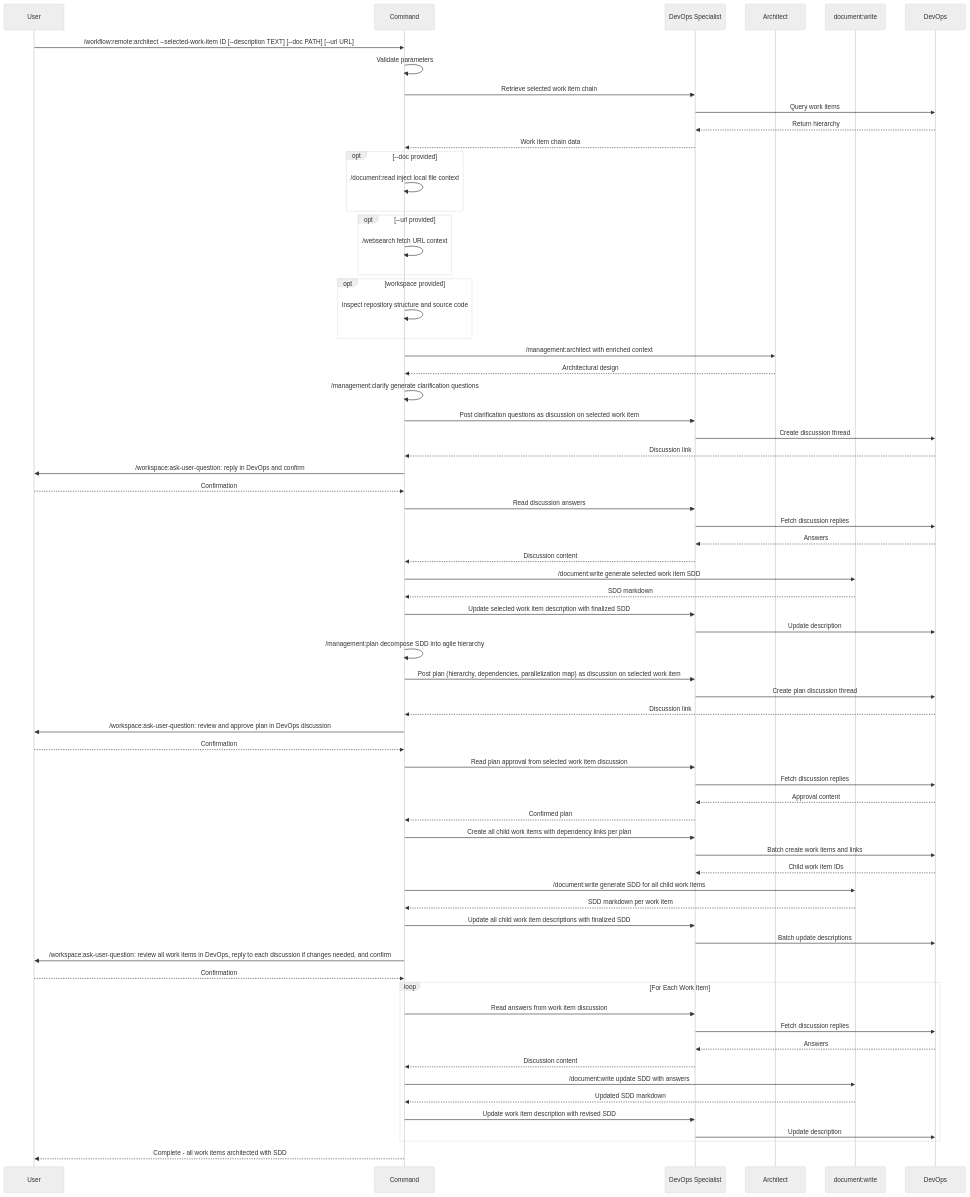
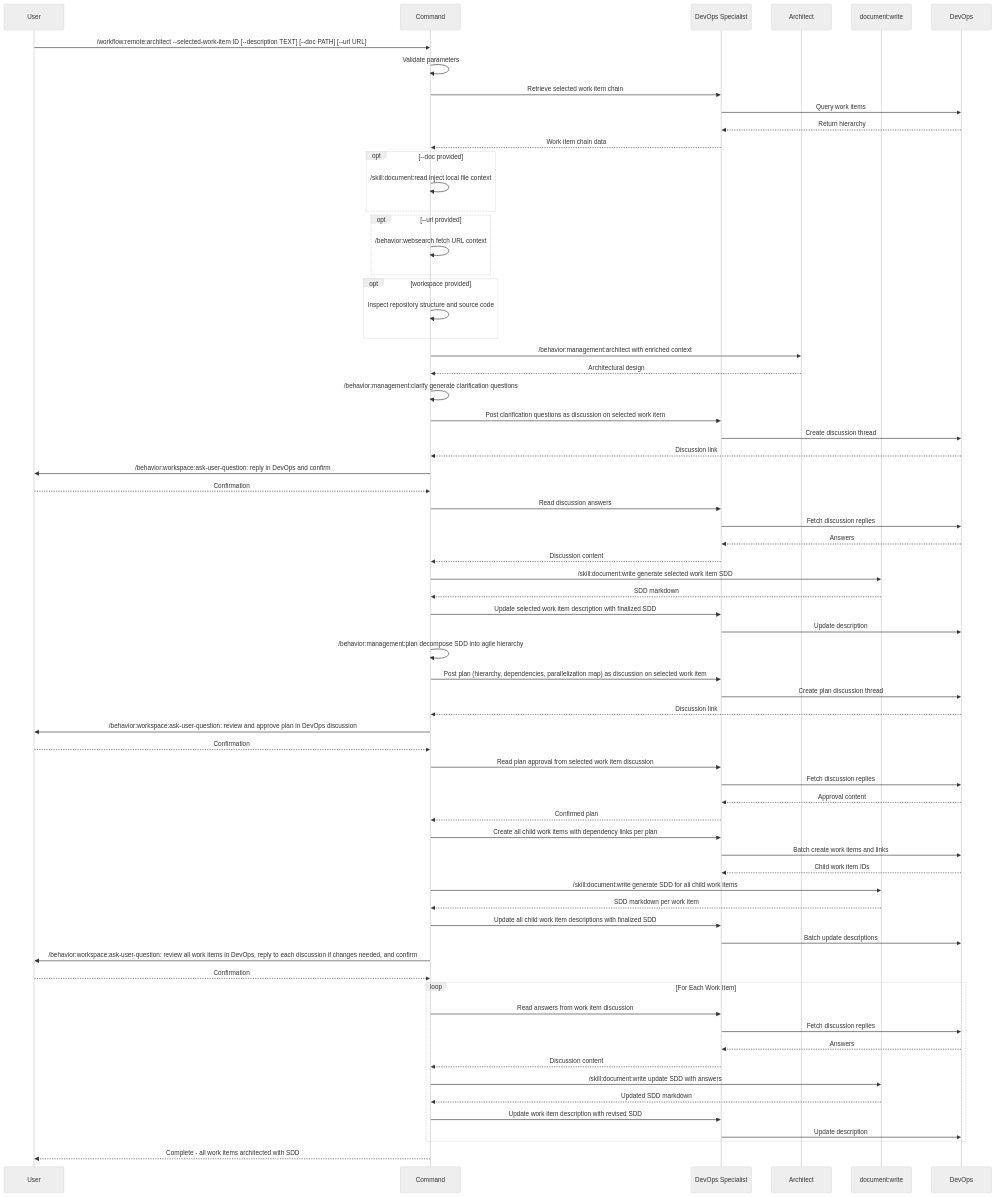
One commit to zzaia/zzaia-agentic-workspace changed the diagram in .claude/commands/workflow/remote/architect.md. Above: the diagram before and after it, drawn with Mermaid (neutral theme). The commit also changed other lines of this file and 86 other files, not shown here.

````diff
--- a/.claude/commands/workflow/remote/architect.md
+++ b/.claude/commands/workflow/remote/architect.md
@@ -75,71 +75,71 @@
 ```mermaid
 sequenceDiagram
     participant U as User
     participant C as Command
     participant WM as DevOps Specialist
     participant AR as Architect
     participant DW as document:write
     participant D as DevOps
 
     U->>C: /workflow:remote:architect --selected-work-item ID [--description TEXT] [--doc PATH] [--url URL]
     C->>C: Validate parameters
     C->>WM: Retrieve selected work item chain
     WM->>D: Query work items
     D-->>WM: Return hierarchy
     WM-->>C: Work item chain data
     opt --doc provided
-        C->>C: /document:read inject local file context
+        C->>C: /skill:document:read inject local file context
     end
     opt --url provided
-        C->>C: /websearch fetch URL context
+        C->>C: /behavior:websearch fetch URL context
     end
     opt workspace provided
         C->>C: Inspect repository structure and source code
     end
-    C->>AR: /management:architect with enriched context
+    C->>AR: /behavior:management:architect with enriched context
     AR-->>C: Architectural design
-    C->>C: /management:clarify generate clarification questions
+    C->>C: /behavior:management:clarify generate clarification questions
     C->>WM: Post clarification questions as discussion on selected work item
     WM->>D: Create discussion thread
     D-->>C: Discussion link
-    C->>U: /workspace:ask-user-question: reply in DevOps and confirm
+    C->>U: /behavior:workspace:ask-user-question: reply in DevOps and confirm
     U-->>C: Confirmation
     C->>WM: Read discussion answers
     WM->>D: Fetch discussion replies
     D-->>WM: Answers
     WM-->>C: Discussion content
-    C->>DW: /document:write generate selected work item SDD
+    C->>DW: /skill:document:write generate selected work item SDD
     DW-->>C: SDD markdown
     C->>WM: Update selected work item description with finalized SDD
     WM->>D: Update description
-    C->>C: /management:plan decompose SDD into agile hierarchy
+    C->>C: /behavior:management:plan decompose SDD into agile hierarchy
     C->>WM: Post plan (hierarchy, dependencies, parallelization map) as discussion on selected work item
     WM->>D: Create plan discussion thread
     D-->>C: Discussion link
-    C->>U: /workspace:ask-user-question: review and approve plan in DevOps discussion
+    C->>U: /behavior:workspace:ask-user-question: review and approve plan in DevOps discussion
     U-->>C: Confirmation
     C->>WM: Read plan approval from selected work item discussion
     WM->>D: Fetch discussion replies
     D-->>WM: Approval content
     WM-->>C: Confirmed plan
     C->>WM: Create all child work items with dependency links per plan
     WM->>D: Batch create work items and links
     D-->>WM: Child work item IDs
-    C->>DW: /document:write generate SDD for all child work items
+    C->>DW: /skill:document:write generate SDD for all child work items
     DW-->>C: SDD markdown per work item
     C->>WM: Update all child work item descriptions with finalized SDD
     WM->>D: Batch update descriptions
-    C->>U: /workspace:ask-user-question: review all work items in DevOps, reply to each discussion if changes needed, and confirm
+    C->>U: /behavior:workspace:ask-user-question: review all work items in DevOps, reply to each discussion if changes needed, and confirm
     U-->>C: Confirmation
     loop For Each Work Item
         C->>WM: Read answers from work item discussion
         WM->>D: Fetch discussion replies
         D-->>WM: Answers
         WM-->>C: Discussion content
-        C->>DW: /document:write update SDD with answers
+        C->>DW: /skill:document:write update SDD with answers
         DW-->>C: Updated SDD markdown
         C->>WM: Update work item description with revised SDD
         WM->>D: Update description
     end
     C-->>U: Complete - all work items architected with SDD
 ```
````
